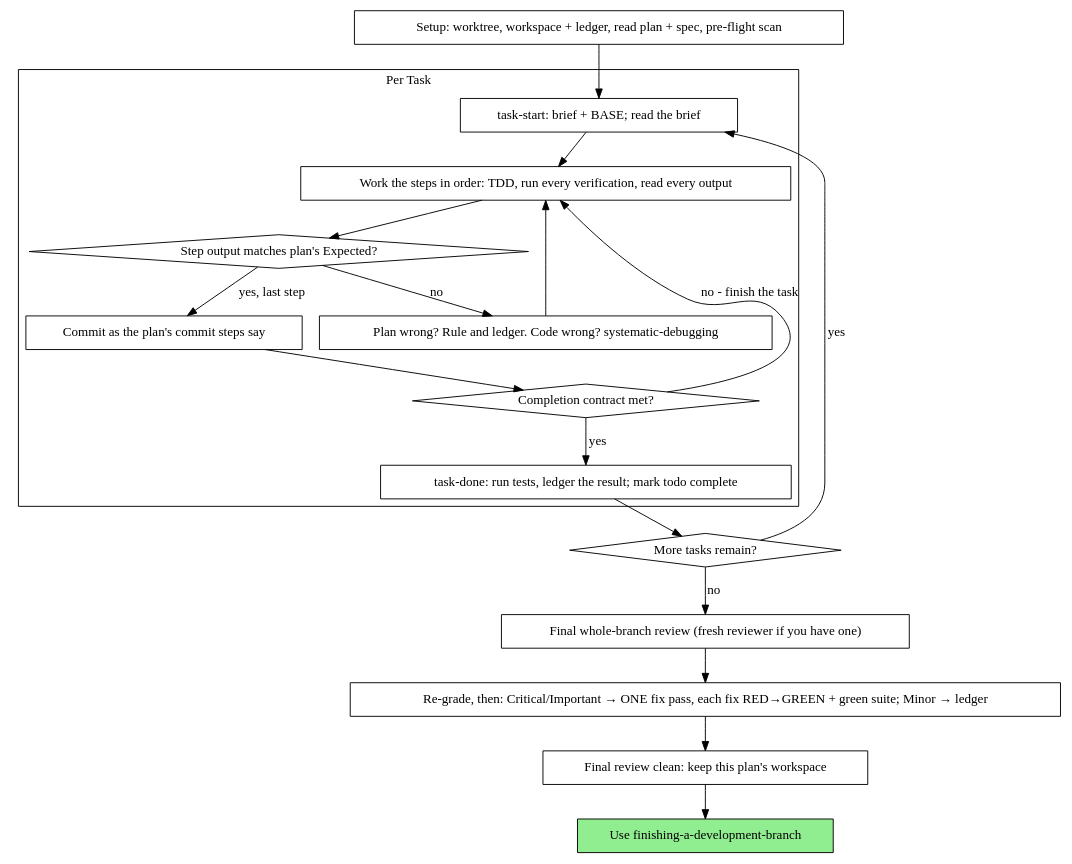
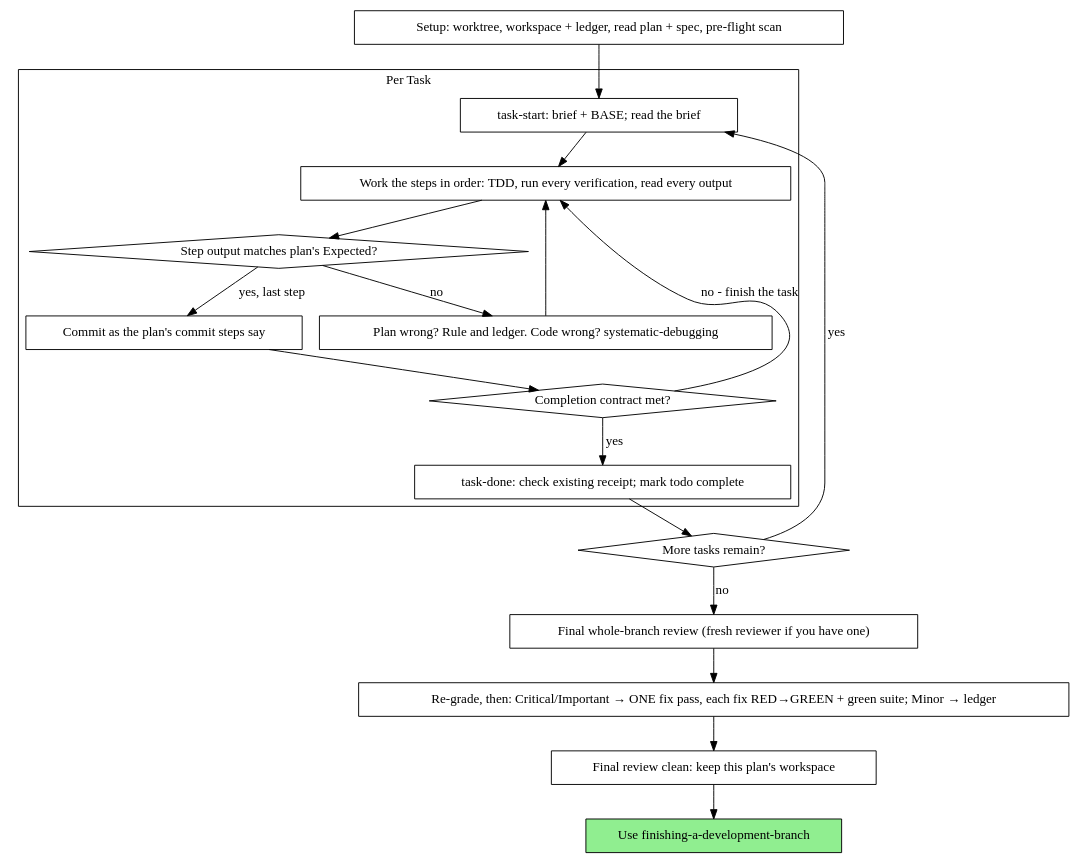
One commit to z-fenix/mulix-coding changed the diagram in assets/superpowers/skills/executing-plans/SKILL.md. Above: the diagram before and after it, drawn with Graphviz. The commit also changed other lines of this file and 84 other files, not shown here.

````diff
--- a/assets/superpowers/skills/executing-plans/SKILL.md
+++ b/assets/superpowers/skills/executing-plans/SKILL.md
@@ -68,39 +68,39 @@
 ```dot
 digraph process {
     rankdir=TB;
 
     subgraph cluster_per_task {
         label="Per Task";
         "task-start: brief + BASE; read the brief" [shape=box];
         "Work the steps in order: TDD, run every verification, read every output" [shape=box];
         "Step output matches plan's Expected?" [shape=diamond];
         "Plan wrong? Rule and ledger. Code wrong? systematic-debugging" [shape=box];
         "Commit as the plan's commit steps say" [shape=box];
         "Completion contract met?" [shape=diamond];
-        "task-done: run tests, ledger the result; mark todo complete" [shape=box];
+        "task-done: check existing receipt; mark todo complete" [shape=box];
     }
 
     "Setup: worktree, workspace + ledger, read plan + spec, pre-flight scan" [shape=box];
     "More tasks remain?" [shape=diamond];
     "Final whole-branch review (fresh reviewer if you have one)" [shape=box];
     "Re-grade, then: Critical/Important → ONE fix pass, each fix RED→GREEN + green suite; Minor → ledger" [shape=box];
     "Final review clean: keep this plan's workspace" [shape=box];
     "Use finishing-a-development-branch" [shape=box style=filled fillcolor=lightgreen];
 
     "Setup: worktree, workspace + ledger, read plan + spec, pre-flight scan" -> "task-start: brief + BASE; read the brief";
     "task-start: brief + BASE; read the brief" -> "Work the steps in order: TDD, run every verification, read every output";
     "Work the steps in order: TDD, run every verification, read every output" -> "Step output matches plan's Expected?";
     "Step output matches plan's Expected?" -> "Plan wrong? Rule and ledger. Code wrong? systematic-debugging" [label="no"];
     "Plan wrong? Rule and ledger. Code wrong? systematic-debugging" -> "Work the steps in order: TDD, run every verification, read every output";
     "Step output matches plan's Expected?" -> "Commit as the plan's commit steps say" [label="yes, last step"];
     "Commit as the plan's commit steps say" -> "Completion contract met?";
     "Completion contract met?" -> "Work the steps in order: TDD, run every verification, read every output" [label="no - finish the task"];
-    "Completion contract met?" -> "task-done: run tests, ledger the result; mark todo complete" [label="yes"];
-    "task-done: run tests, ledger the result; mark todo complete" -> "More tasks remain?";
+    "Completion contract met?" -> "task-done: check existing receipt; mark todo complete" [label="yes"];
+    "task-done: check existing receipt; mark todo complete" -> "More tasks remain?";
     "More tasks remain?" -> "task-start: brief + BASE; read the brief" [label="yes"];
     "More tasks remain?" -> "Final whole-branch review (fresh reviewer if you have one)" [label="no"];
     "Final whole-branch review (fresh reviewer if you have one)" -> "Re-grade, then: Critical/Important → ONE fix pass, each fix RED→GREEN + green suite; Minor → ledger";
     "Re-grade, then: Critical/Important → ONE fix pass, each fix RED→GREEN + green suite; Minor → ledger" -> "Final review clean: keep this plan's workspace";
     "Final review clean: keep this plan's workspace" -> "Use finishing-a-development-branch";
 }
 ```
````
